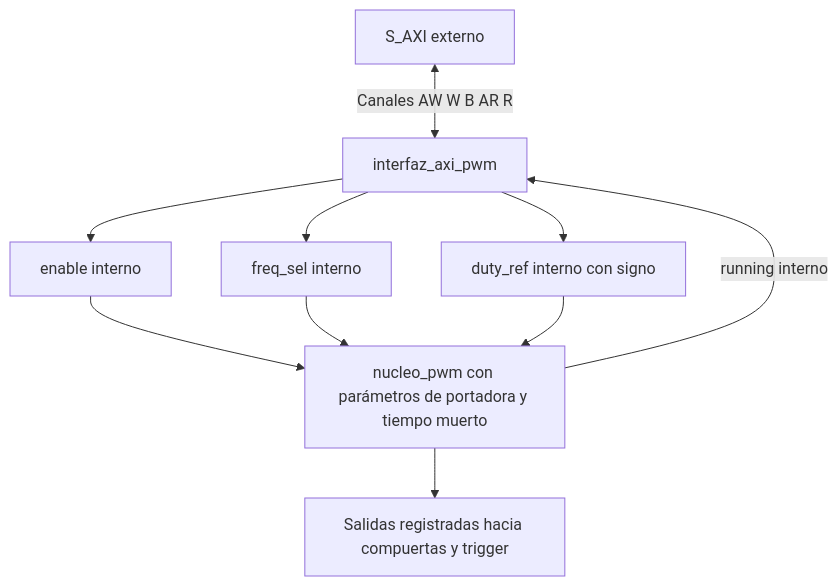
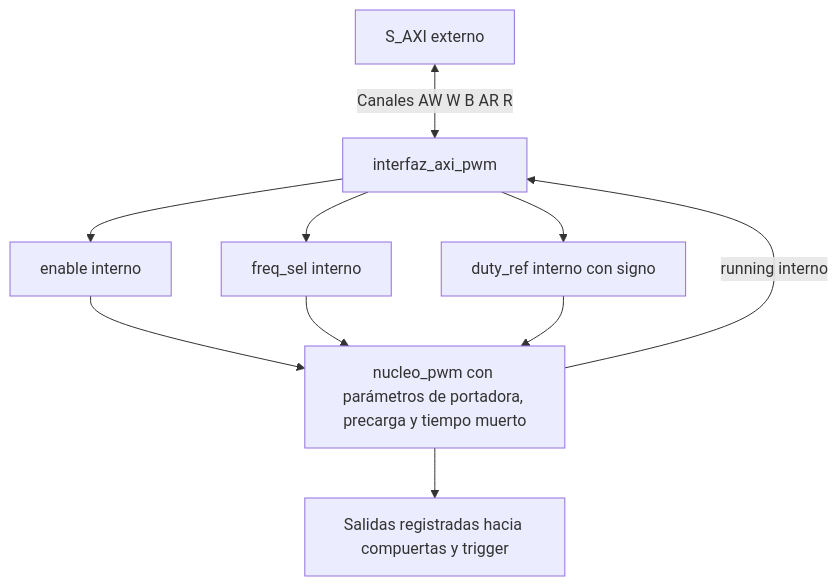
Before and after one commit to Taller-de-diseno-digital-GR01/Proyecto-4-Regulador-PR: the second of 3 diagrams in docs/diseño/modulos/periferico_pwm.md, drawn with Mermaid. The commit also changed other lines of this file and 1 other file, not shown here.

Commit message:
Corregidos periferico_pwm.md y nucleo_pwm.md para seguir las correcciones que hizo Nicolas

````diff
--- a/docs/diseño/modulos/periferico_pwm.md
+++ b/docs/diseño/modulos/periferico_pwm.md
@@ -145,12 +146,12 @@
 ```mermaid
 flowchart TD
     AXI["S_AXI externo"] <-->|"Canales AW W B AR R"| IF["interfaz_axi_pwm"]
     IF --> EN["enable interno"]
     IF --> FS["freq_sel interno"]
     IF --> DR["duty_ref interno con signo"]
-    EN --> CORE["nucleo_pwm con parámetros de portadora y tiempo muerto"]
+    EN --> CORE["nucleo_pwm con parámetros de portadora, precarga y tiempo muerto"]
     FS --> CORE
     DR --> CORE
     CORE -->|"running interno"| IF
     CORE --> O["Salidas registradas hacia compuertas y trigger"]
 ```
````
